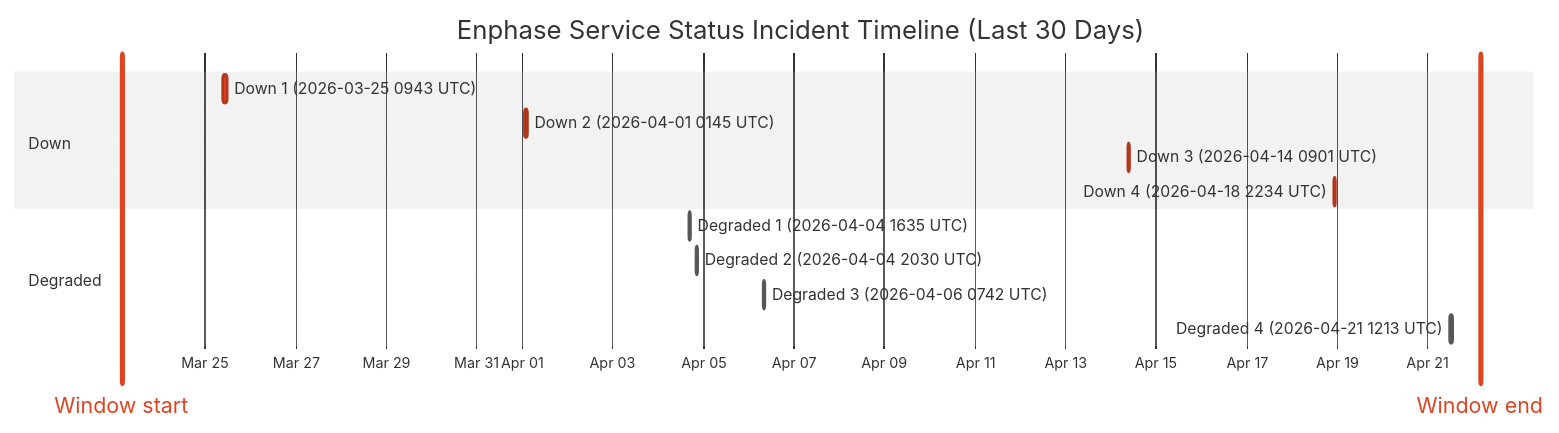
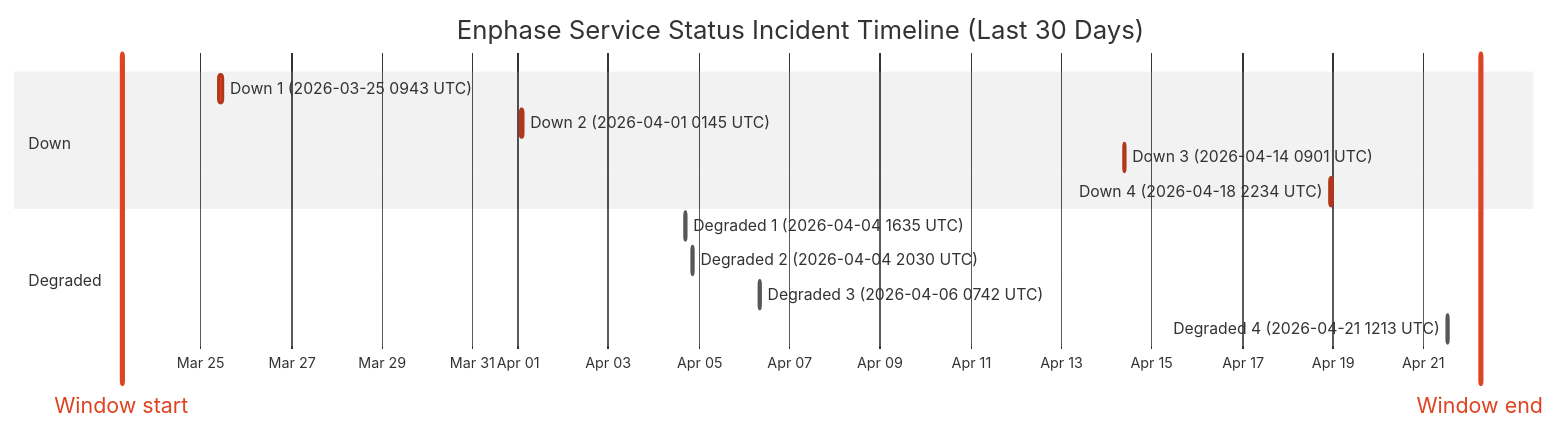
The diagram in wiki/Service-Status-History.md (barneyonline/ha-enphase-ev-charger), drawn with Mermaid (neutral theme) before and after one commit. The commit also changed other lines of this file and 3 other files, not shown here.

````diff
--- a/wiki/Service-Status-History.md
+++ b/wiki/Service-Status-History.md
@@ -14,18 +14,18 @@
 ```mermaid
 gantt
     title Enphase Service Status Incident Timeline (Last 30 Days)
     dateFormat  YYYY-MM-DDTHH:mm:ss
     axisFormat  %b %d
-    Window start :vert, window-start, 2026-03-23T03:46:50, 0ms
-    Window end :vert, window-end, 2026-04-22T03:46:50, 0ms
+    Window start :vert, window-start, 2026-03-23T05:59:01, 0ms
+    Window end :vert, window-end, 2026-04-22T05:59:01, 0ms
     section Down
     Down 1 (2026-03-25 0943 UTC) :crit, down-1, 2026-03-25T09:43:28, 111m
     Down 2 (2026-04-01 0145 UTC) :crit, down-2, 2026-04-01T01:45:09, 60m
     Down 3 (2026-04-14 0901 UTC) :crit, down-3, 2026-04-14T09:01:13, 60m
     Down 4 (2026-04-18 2234 UTC) :crit, down-4, 2026-04-18T22:34:13, 60m
     section Degraded
     Degraded 1 (2026-04-04 1635 UTC) :active, degraded-1, 2026-04-04T16:35:17, 60m
     Degraded 2 (2026-04-04 2030 UTC) :active, degraded-2, 2026-04-04T20:30:40, 60m
     Degraded 3 (2026-04-06 0742 UTC) :active, degraded-3, 2026-04-06T07:42:09, 85m
     Degraded 4 (2026-04-21 1213 UTC) :active, degraded-4, 2026-04-21T12:13:11, 60m
 ```
````
